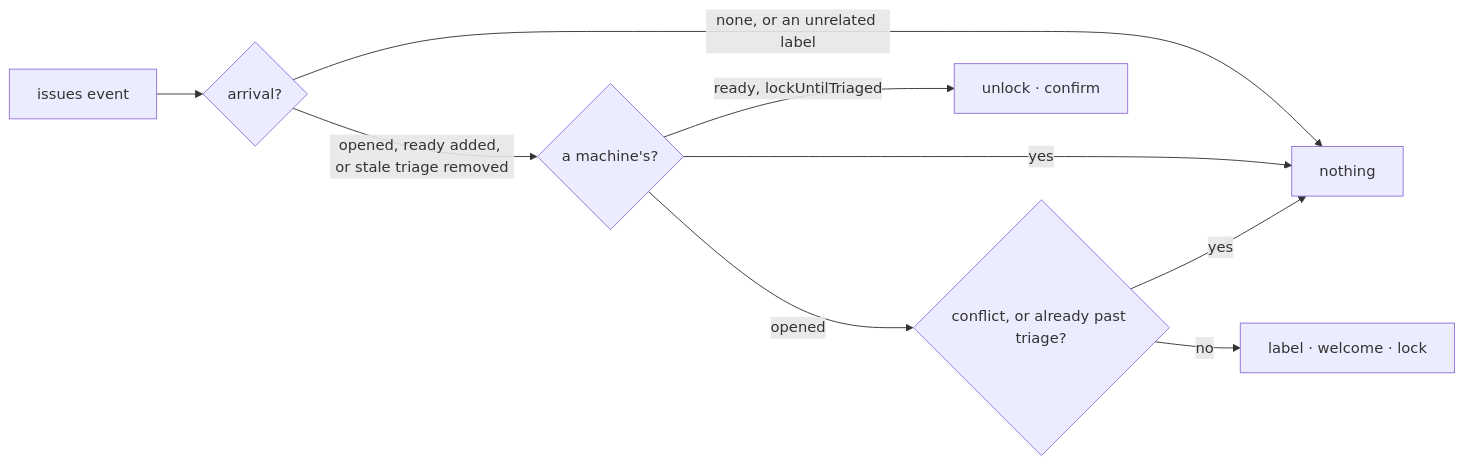
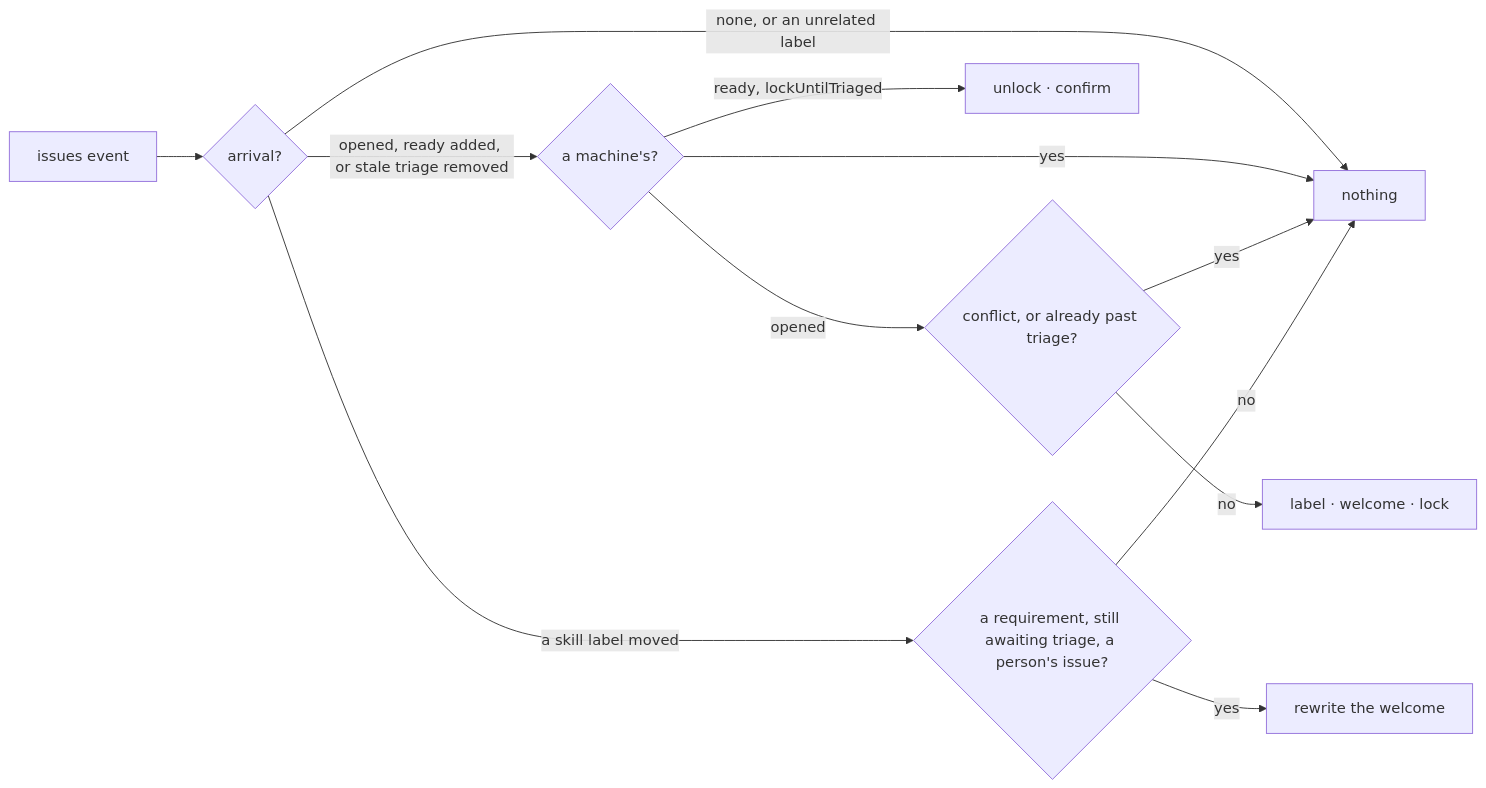
The diagram in packages/capabilities/src/triageQueue/design.md (cheese-cakee/sdk-automations), drawn with Mermaid before and after one commit. The commit also changed other lines of this file, not shown here.

Commit message:
docs(triageQueue): the checklist, its known limit, and what the flip will read

````diff
--- a/packages/capabilities/src/triageQueue/design.md
+++ b/packages/capabilities/src/triageQueue/design.md
@@ -135,11 +155,14 @@
 ```mermaid
 flowchart LR
     E["issues event"] --> A{"arrival?"}
     A -->|"none, or an unrelated label"| N["nothing"]
     A -->|"opened, ready added, or stale triage removed"| B{"a machine's?"}
     B -->|yes| N
     B -->|"opened"| C{"conflict, or already past triage?"}
     C -->|yes| N
     C -->|no| O["label · welcome · lock"]
     B -->|"ready, lockUntilTriaged"| R["unlock · confirm"]
+    A -->|"a skill label moved"| K{"a requirement, still awaiting triage, a person's issue?"}
+    K -->|yes| W["rewrite the welcome"]
+    K -->|no| N
 ```
````
